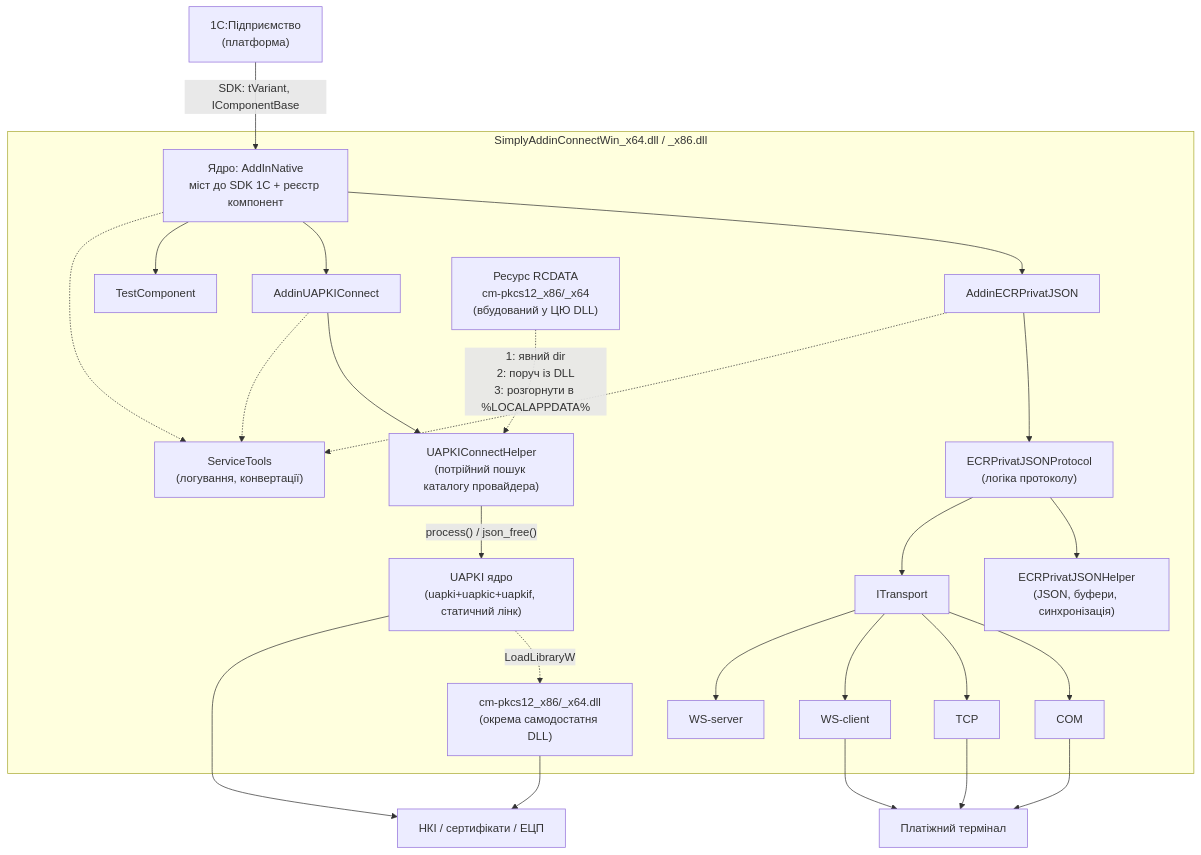
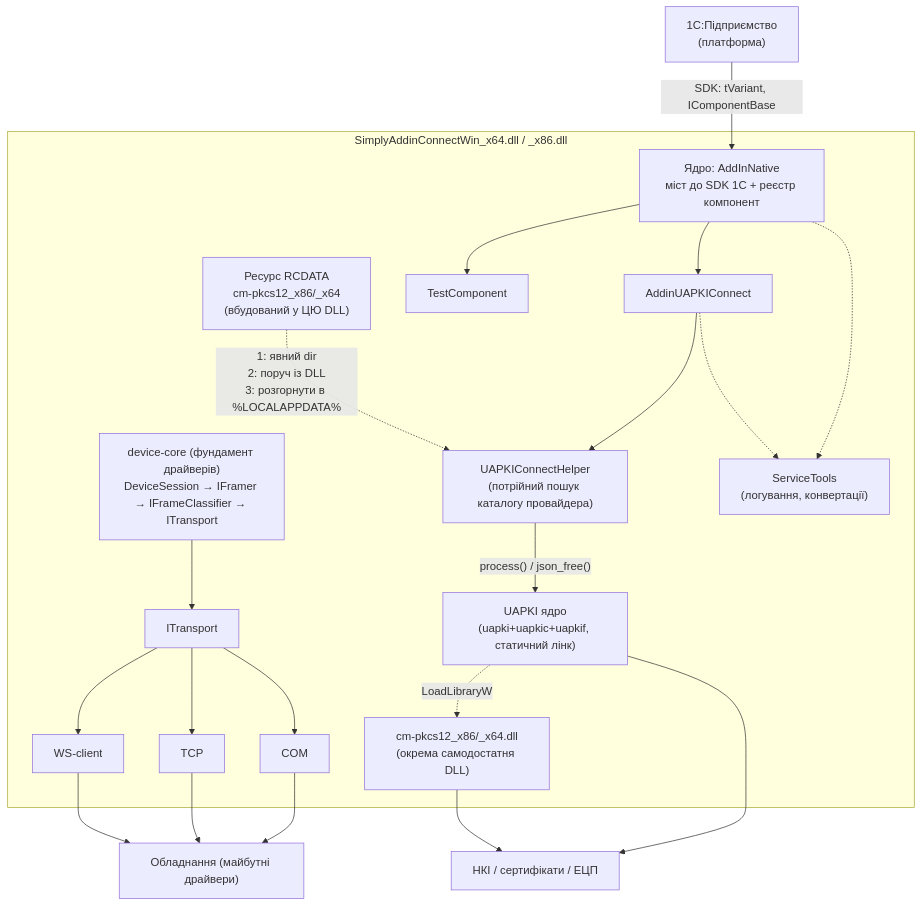
Before and after one commit to VSydorenko/SimplyAddinConnect: the diagram in docs/architecture/README.md, drawn with Mermaid. The commit also changed other lines of this file and 25 other files, not shown here.

````diff
--- a/docs/architecture/README.md
+++ b/docs/architecture/README.md
@@ -44,31 +48,28 @@
 ```mermaid
 flowchart TD
     A["1С:Підприємство<br/>(платформа)"] -->|"SDK: tVariant, IComponentBase"| B
 
     subgraph DLL["SimplyAddinConnectWin_x64.dll / _x86.dll"]
         B["Ядро: AddInNative<br/>міст до SDK 1С + реєстр компонент"]
-        B --> C1["AddinECRPrivatJSON"]
         B --> C2["AddinUAPKIConnect"]
         B --> C3["TestComponent"]
 
-        C1 --> P["ECRPrivatJSONProtocol<br/>(логіка протоколу)"]
-        P --> H1["ECRPrivatJSONHelper<br/>(JSON, буфери, синхронізація)"]
-        P --> T["ITransport"]
-        T --> T1["COM"] & T2["TCP"] & T3["WS-client"] & T4["WS-server"]
+        W["device-core (фундамент драйверів)<br/>DeviceSession → IFramer → IFrameClassifier → ITransport"]
+        W --> T["ITransport"]
+        T --> T1["COM"] & T2["TCP"] & T3["WS-client"]
 
         C2 --> H2["UAPKIConnectHelper<br/>(потрійний пошук каталогу провайдера)"]
         H2 -->|"process() / json_free()"| U["UAPKI ядро<br/>(uapki+uapkic+uapkif, статичний лінк)"]
         R["Ресурс RCDATA<br/>cm-pkcs12_x86/_x64<br/>(вбудований у ЦЮ DLL)"] -.->|"1: явний dir<br/>2: поруч із DLL<br/>3: розгорнути в %LOCALAPPDATA%"| H2
         U -.->|"LoadLibraryW"| CM["cm-pkcs12_x86/_x64.dll<br/>(окрема самодостатня DLL)"]
 
         B -.-> S["ServiceTools<br/>(логування, конвертації)"]
-        C1 -.-> S
         C2 -.-> S
     end
 
-    T1 --> D1["Платіжний термінал"]
+    T1 --> D1["Обладнання (майбутні драйвери)"]
     T2 --> D1
     T3 --> D1
     U --> D2["НКІ / сертифікати / ЕЦП"]
     CM --> D2
 ```
````
